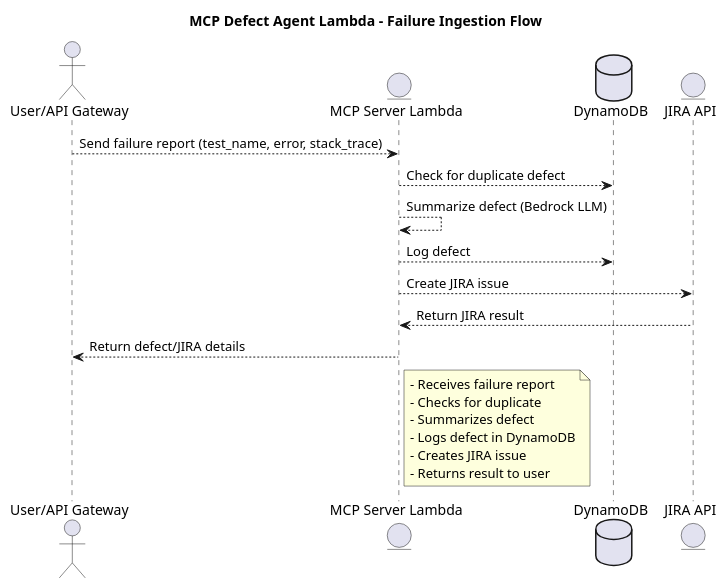
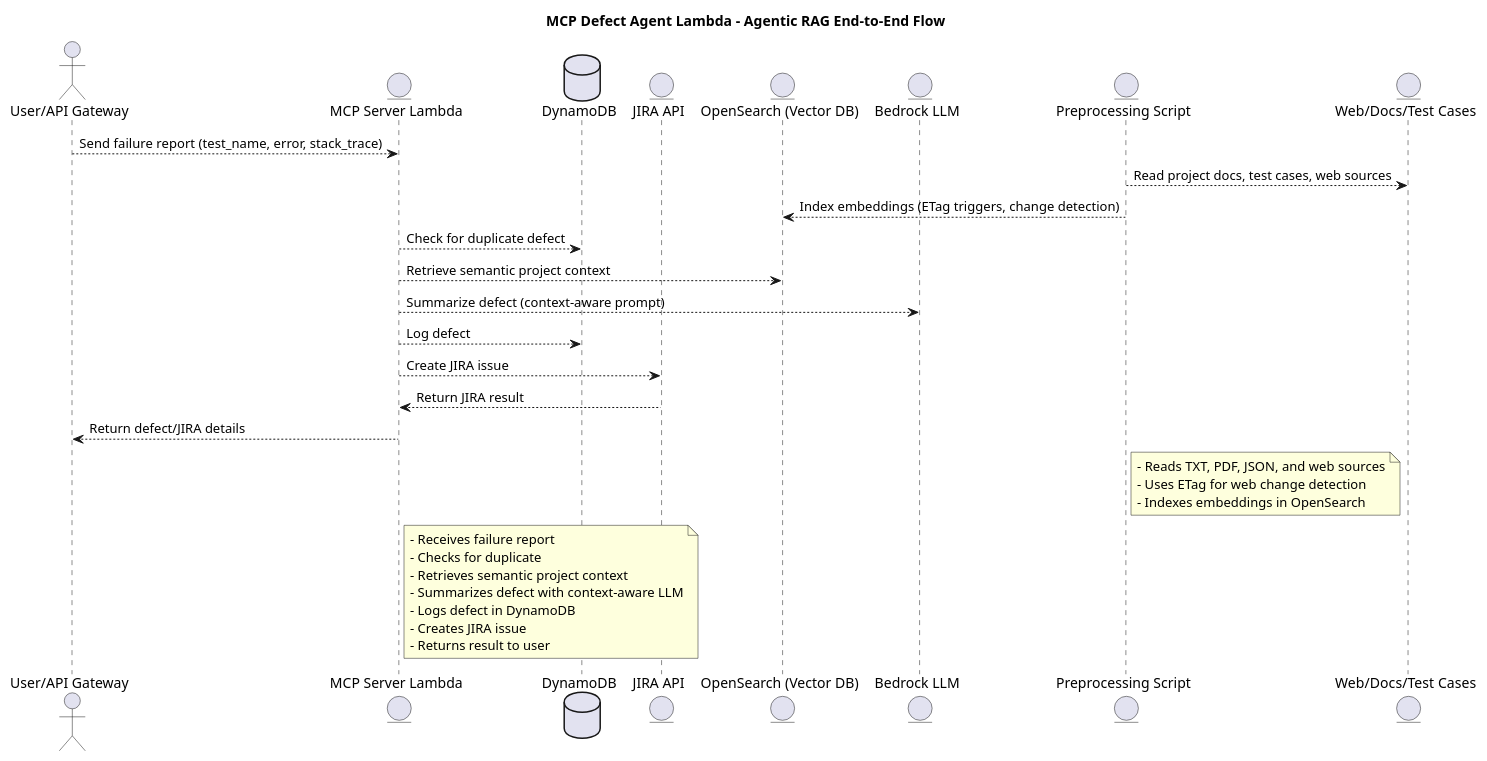
One commit to pavanchanduri/RAGChatbot changed the diagram in mcp_defect_agent/PUML Diagrams/mcp_server_lambda_e2e.puml. Above: the diagram before and after it, drawn with PlantUML. The commit also changed 3 other files, not shown here.

Commit message:
Modified Defect Agent flow to reflect Agentic RAG

```diff
--- a/mcp_defect_agent/PUML Diagrams/mcp_server_lambda_e2e.puml
+++ b/mcp_defect_agent/PUML Diagrams/mcp_server_lambda_e2e.puml
@@ -1,26 +1,40 @@
 @startuml MCPDefectAgentLambdaE2E
-title MCP Defect Agent Lambda - Failure Ingestion Flow
+title MCP Defect Agent Lambda - Agentic RAG End-to-End Flow
 
 actor "User/API Gateway" as User
 entity "MCP Server Lambda" as Lambda
 database "DynamoDB" as Dynamo
 entity "JIRA API" as JIRA
+entity "OpenSearch (Vector DB)" as OpenSearch
+entity "Bedrock LLM" as BedrockLLM
+entity "Preprocessing Script" as Preprocess
+entity "Web/Docs/Test Cases" as Sources
 
 User --> Lambda : Send failure report (test_name, error, stack_trace)
+Preprocess --> Sources : Read project docs, test cases, web sources
+Preprocess --> OpenSearch : Index embeddings (ETag triggers, change detection)
 Lambda --> Dynamo : Check for duplicate defect
-Lambda --> Lambda : Summarize defect (Bedrock LLM)
+Lambda --> OpenSearch : Retrieve semantic project context
+Lambda --> BedrockLLM : Summarize defect (context-aware prompt)
 Lambda --> Dynamo : Log defect
 Lambda --> JIRA : Create JIRA issue
 JIRA --> Lambda : Return JIRA result
 Lambda --> User : Return defect/JIRA details
 
+note right of Preprocess
+- Reads TXT, PDF, JSON, and web sources
+- Uses ETag for web change detection
+- Indexes embeddings in OpenSearch
+end note
+
 note right of Lambda
 - Receives failure report
 - Checks for duplicate
-- Summarizes defect
+- Retrieves semantic project context
+- Summarizes defect with context-aware LLM
 - Logs defect in DynamoDB
 - Creates JIRA issue
 - Returns result to user
 end note
 
 @enduml
```
